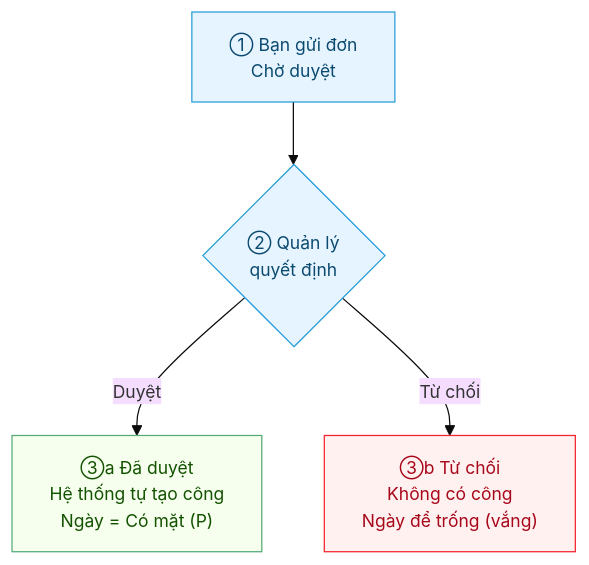
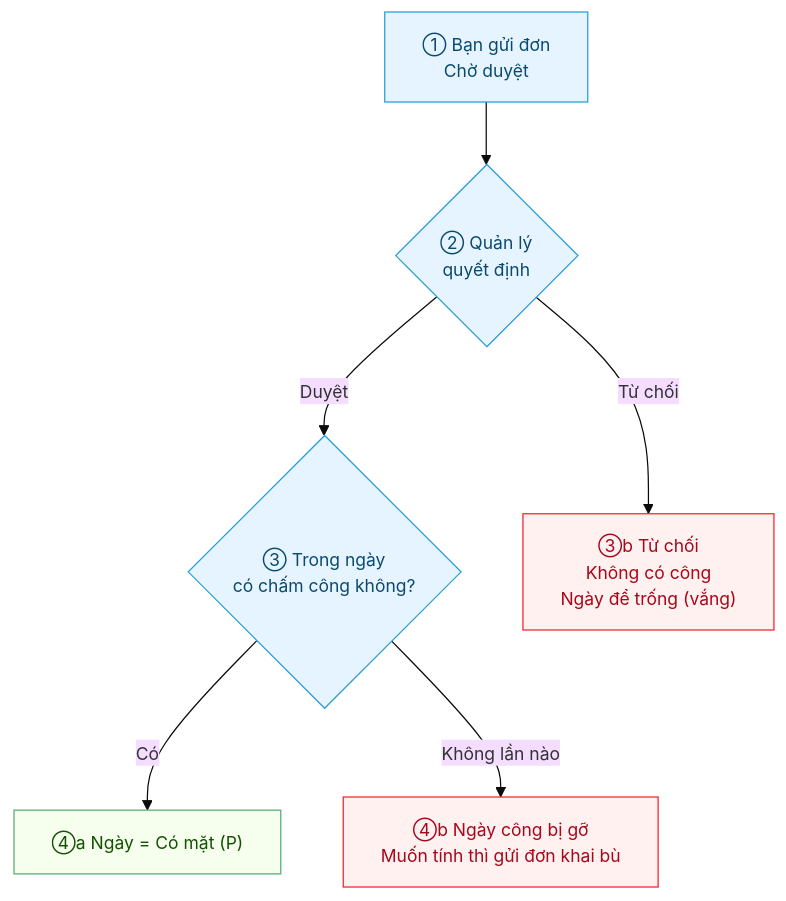
The second of 2 diagrams in users/Guide-NhanVien-ChamCongNgoai.md (CobeGroup/cobe_erp_documents), drawn with Mermaid before and after one commit. The commit also changed other lines of this file and 4 other files, not shown here.

````diff
--- a/users/Guide-NhanVien-ChamCongNgoai.md
+++ b/users/Guide-NhanVien-ChamCongNgoai.md
@@ -126,14 +126,18 @@
 ```mermaid
 %%{init:{'theme':'base','themeVariables':{'fontSize':'14px'}}}%%
 flowchart TB
   classDef p fill:#e6f4ff,stroke:#299dd8,color:#0b4a6f;
   classDef g fill:#f6ffed,stroke:#54ab78,color:#135200;
   classDef r fill:#fff1f0,stroke:#f5222d,color:#a8071a;
   S0["① Bạn gửi đơn<br/>Chờ duyệt"] --> S1{"② Quản lý<br/>quyết định"}
-  S1 -- "Duyệt" --> S2["③a Đã duyệt<br/>Hệ thống tự tạo công<br/>Ngày = Có mặt (P)"]
+  S1 -- "Duyệt" --> S2{"③ Trong ngày<br/>có chấm công không?"}
+  S2 -- "Có" --> S4["④a Ngày = Có mặt (P)"]
+  S2 -- "Không lần nào" --> S5["④b Ngày công bị gỡ<br/>Muốn tính thì gửi đơn khai bù"]
   S1 -- "Từ chối" --> S3["③b Từ chối<br/>Không có công<br/>Ngày để trống (vắng)"]
   class S0 p
   class S1 p
-  class S2 g
+  class S2 p
+  class S4 g
+  class S5 r
   class S3 r
 ```
````
